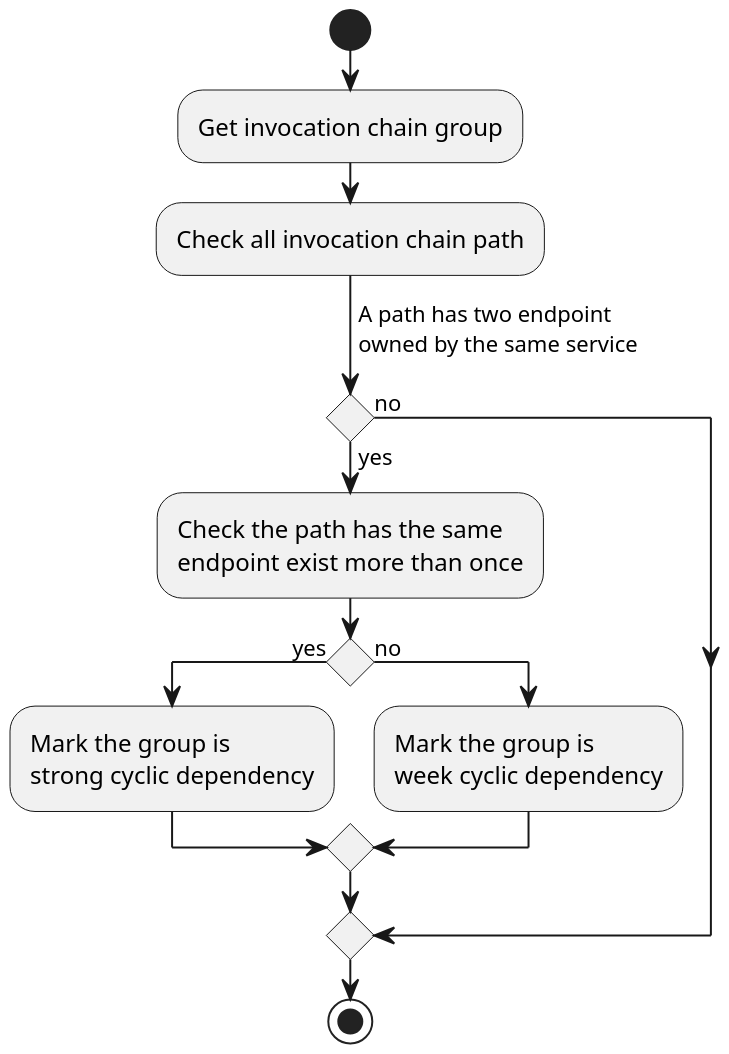
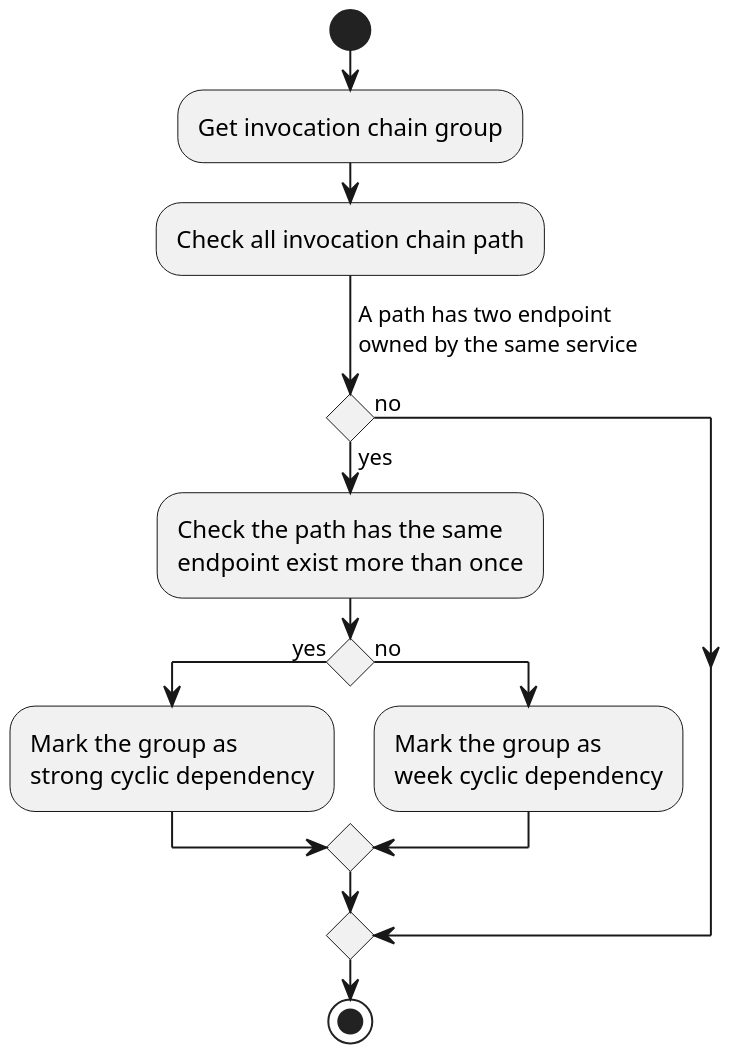
Before and after one commit to b4456609/mgp-back: the diagram in diagram/findCyclicInvocationChain.puml, drawn with PlantUML.

```diff
--- a/diagram/findCyclicInvocationChain.puml
+++ b/diagram/findCyclicInvocationChain.puml
@@ -1,17 +1,17 @@
 @startuml
 scale 2
 start
 :Get invocation chain group;
 :Check all invocation chain path;
 -> A path has two endpoint\nowned by the same service;
 if() then(yes)
 :Check the path has the same\nendpoint exist more than once;
 if() then(yes)
-:Mark the group is\nstrong cyclic dependency;
+:Mark the group as\nstrong cyclic dependency;
 else(no)
-:Mark the group is\nweek cyclic dependency;
+:Mark the group as\nweek cyclic dependency;
 endif
 else(no)
 endif
 stop
 @enduml
```
